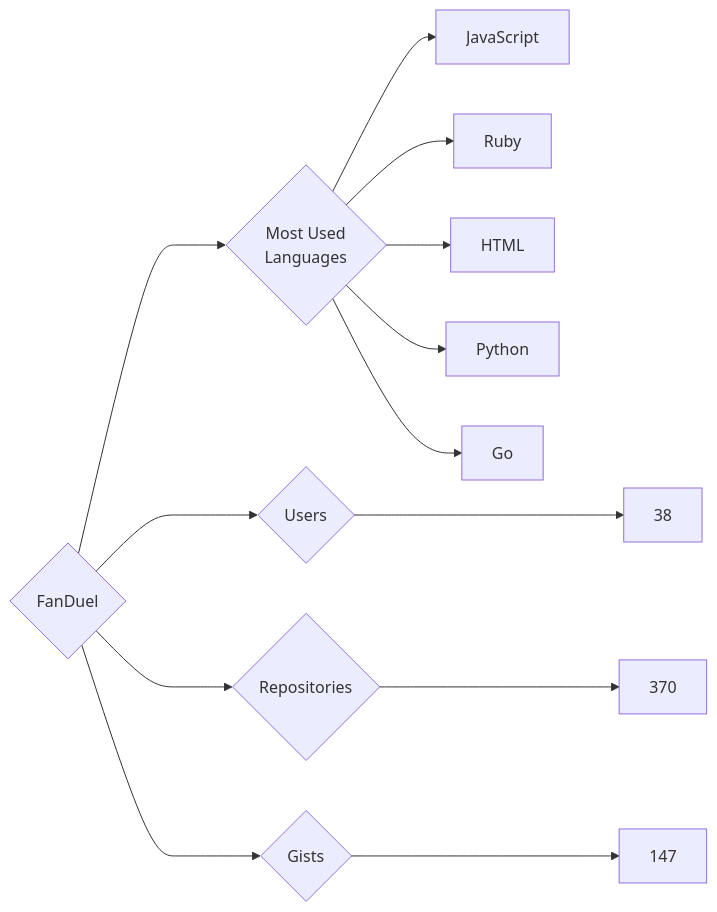
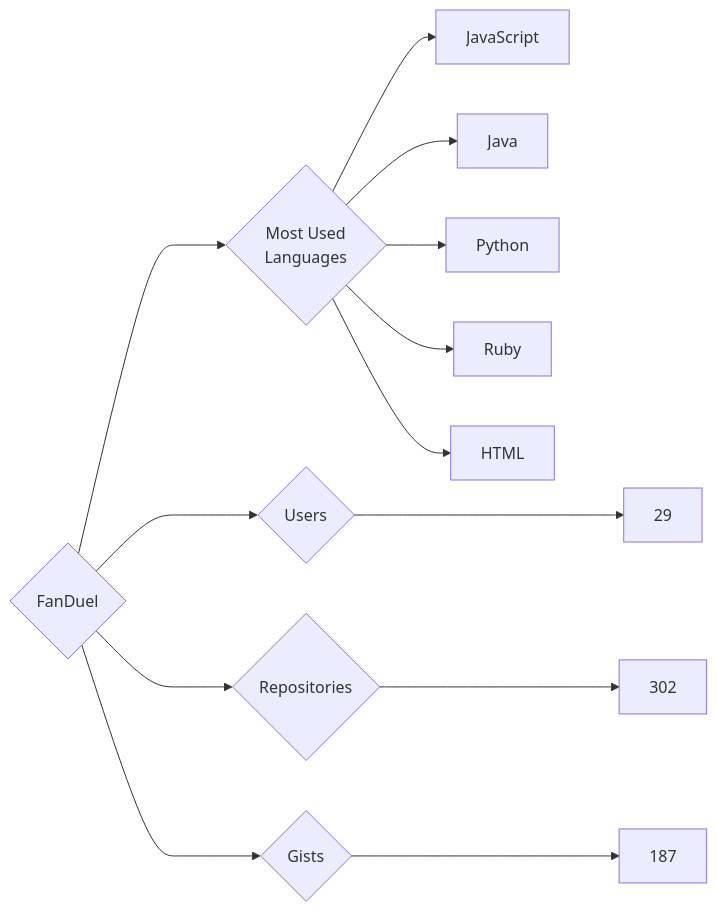
Before and after one commit to trickest/insiders: the diagram in targets/FanDuel/README.md, drawn with Mermaid. The commit also changed 639 other files, not shown here.

````diff
--- a/targets/FanDuel/README.md
+++ b/targets/FanDuel/README.md
@@ -3,13 +3,13 @@
 ```mermaid
 graph LR
 COMPANY_NAME{FanDuel}
-COMPANY_NAME ---> U{Users} ---> UN[38]
-COMPANY_NAME ---> R{Repositories} ---> RN[370]
-COMPANY_NAME ---> G{Gists} ---> GN[147]
+COMPANY_NAME ---> U{Users} ---> UN[29]
+COMPANY_NAME ---> R{Repositories} ---> RN[302]
+COMPANY_NAME ---> G{Gists} ---> GN[187]
 COMPANY_NAME ---> ML{Most Used<br>Languages}
 ML --> JavaScript[JavaScript]
+ML --> Java[Java]
+ML --> Python[Python]
 ML --> Ruby[Ruby]
 ML --> HTML[HTML]
-ML --> Python[Python]
-ML --> Go[Go]
 ```
````
